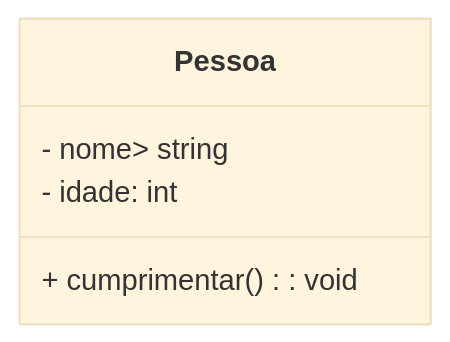
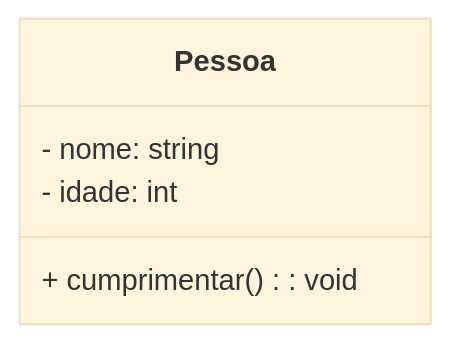
One commit to MTECHDevelopment/poojavaceub-grupo-3 changed the diagram in Mateus.md. Above: the diagram before and after it, drawn with Mermaid (base theme).

Commit message:
">" estava errado, agora ":"

````diff
--- a/Mateus.md
+++ b/Mateus.md
@@ -2,8 +2,8 @@
 ```mermaid
 classDiagram
   class Pessoa {
-    - nome> string
+    - nome: string
     - idade: int
     + cumprimentar(): void
 }
 ```
````
